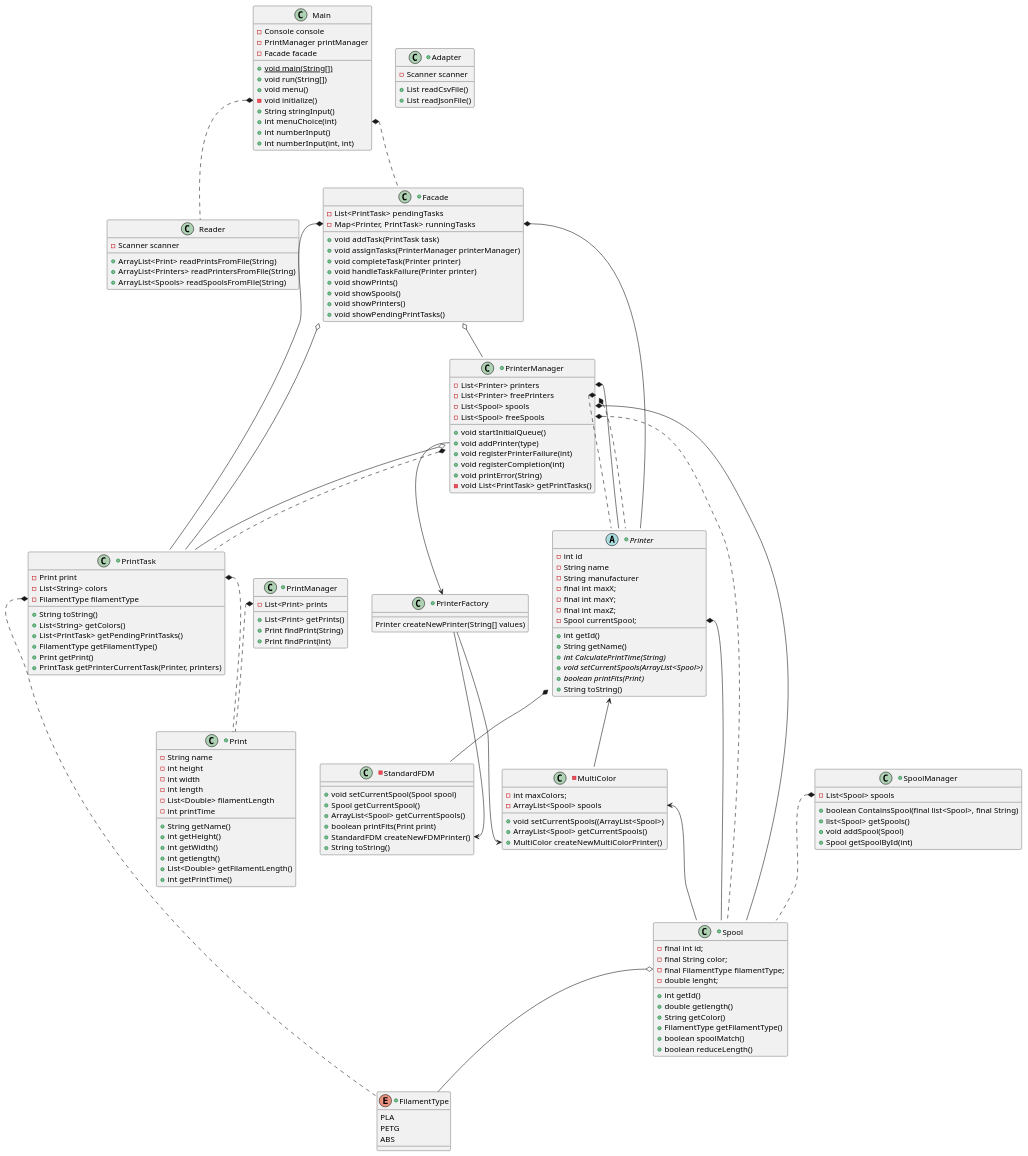
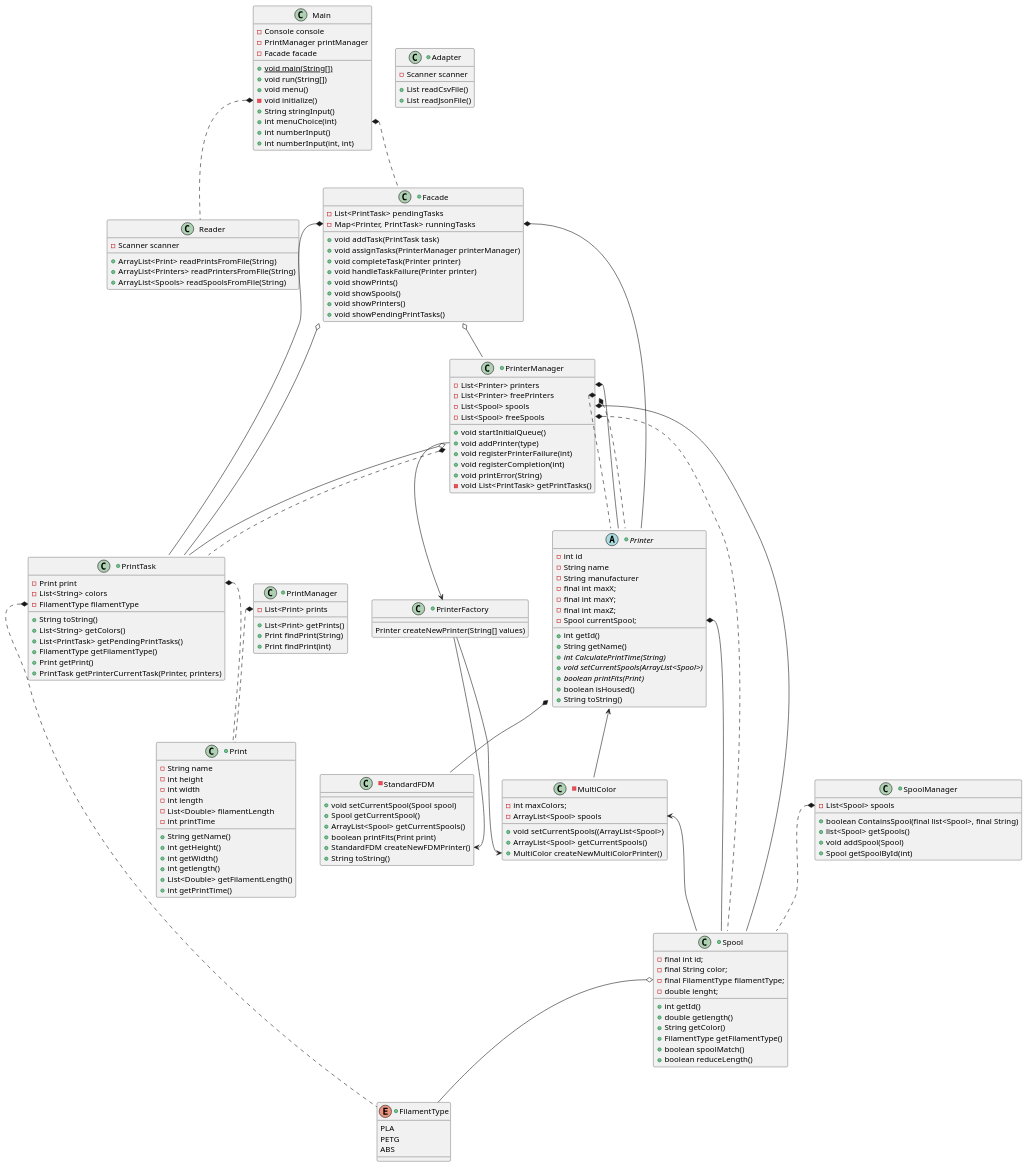
Before and after one commit to mhountsword/SysteemOntwerp: the diagram in 3dprintscheduler-main/docs/diagrams/NewMainClassDiagram.puml, drawn with PlantUML. The commit also changed 3 other files, not shown here.

```diff
--- a/3dprintscheduler-main/docs/diagrams/NewMainClassDiagram.puml
+++ b/3dprintscheduler-main/docs/diagrams/NewMainClassDiagram.puml
@@ -1,191 +1,192 @@
 @startuml
 'https://plantuml.com/class-diagram
 
 class Main {
 -Console console
 -PrintManager printManager
 -Facade facade
 +{static}void main(String[])
 +void run(String[])
 +void menu()
 -void initialize()
 +String stringInput()
 +int menuChoice(int)
 +int numberInput()
 +int numberInput(int, int)
 }
 
 class Reader {
 -Scanner scanner
 +ArrayList<Print> readPrintsFromFile(String)
 +ArrayList<Printers> readPrintersFromFile(String)
 +ArrayList<Spools> readSpoolsFromFile(String)
 }
 
 Main::menuChoice *.. Facade
 Main::initialize *.. Reader
 
 +class PrinterManager{
 -List<Printer> printers
 -List<Printer> freePrinters
 -List<Spool> spools
 -List<Spool> freeSpools
 +void startInitialQueue()
 +void addPrinter(type)
 +void registerPrinterFailure(int)
 +void registerCompletion(int)
 +void printError(String)
 -void List<PrintTask> getPrintTasks()
 }
 PrinterManager::printers *-- Printer
 PrinterManager::freePrinters *.. Printer
 PrinterManager::pendingPrintTasks o-- PrintTask
 PrinterManager::spools *-- Spool
 PrinterManager::freeSpools *.. Spool
 PrinterManager::runningPrintTask *.. Printer
 PrinterManager::runningPrintTask *.. PrintTask
 
 +class Facade{
     - List<PrintTask> pendingTasks
     - Map<Printer, PrintTask> runningTasks
     + void addTask(PrintTask task)
     + void assignTasks(PrinterManager printerManager)
     + void completeTask(Printer printer)
     + void handleTaskFailure(Printer printer)
     +void showPrints()
     +void showSpools()
     +void showPrinters()
     +void showPendingPrintTasks()
 }
 Facade::runningTasks *-- Printer
 Facade::runningTasks *-- PrintTask
 Facade o-- PrinterManager
 Facade o-- PrintTask
 
 +class PrintManager{
 -List<Print> prints
 +List<Print> getPrints()
 +Print findPrint(String)
 +Print findPrint(int)
 }
 PrintManager::prints *.. Print
 
 
 +class SpoolManager{
 -List<Spool> spools
 +boolean ContainsSpool(final list<Spool>, final String)
 +list<Spool> getSpools()
 +void addSpool(Spool)
 +Spool getSpoolById(int)
 }
 
 SpoolManager::spools *.. Spool
 
 +class PrintTask{
 -Print print
 -List<String> colors
 -FilamentType filamentType
 +String toString()
 +List<String> getColors()
 +List<PrintTask> getPendingPrintTasks()
 +FilamentType getFilamentType()
 +Print getPrint()
 +PrintTask getPrinterCurrentTask(Printer, printers)
 }
 
 PrintTask::print *.. Print
 PrintTask::filamentType *.. FilamentType
 
 +enum FilamentType{
     PLA
     PETG
     ABS
 }
 
 +abstract class Printer{
 - int id
 -String name
 -String manufacturer
 + int getId()
 + String getName()
 - final int maxX;
 - final int maxY;
 - final int maxZ;
 - Spool currentSpool;
 + {abstract} int CalculatePrintTime(String)
 +{abstract} void setCurrentSpools(ArrayList<Spool>)
 + {abstract} boolean printFits(Print)
++ boolean isHoused()
 +String toString()
 }
 Printer::currentSpool *-- Spool
 
 
 
 
 +class Print{
 -String name
 - int height
 - int width
 - int length
 - List<Double> filamentLength
 - int printTime
 + String getName()
 + int getHeight()
 + int getWidth()
 + int getlength()
 + List<Double> getFilamentLength()
 + int getPrintTime()
 }
 
 +class Spool{
 - final int id;
 - final String color;
 - final FilamentType filamentType;
 -double lenght;
 +int getId()
 +double getlength()
 +String getColor()
 +FilamentType getFilamentType()
 + boolean spoolMatch()
 +boolean reduceLength()
 }
 
 Spool::filamentType o-- FilamentType
 
 
 -class StandardFDM{
 +void setCurrentSpool(Spool spool)
 +Spool getCurrentSpool()
 +ArrayList<Spool> getCurrentSpools()
 +boolean printFits(Print print)
 +StandardFDM createNewFDMPrinter()
 +String toString()
 }
 
 Printer *-- StandardFDM
 
 -class MultiColor{
 - int maxColors;
 - ArrayList<Spool> spools
 +void setCurrentSpools((ArrayList<Spool>)
 +ArrayList<Spool> getCurrentSpools()
 +MultiColor createNewMultiColorPrinter()
 }
 Printer <-- MultiColor
 MultiColor::spools <-- Spool
 
 +class PrinterFactory{
 Printer createNewPrinter(String[] values)
 }
 PrinterManager::addPrinter --> PrinterFactory
 PrinterFactory --> StandardFDM::createNewFDMPrinter
 PrinterFactory --> MultiColor::createNewMultiColorPrinter
 
  +class Adapter{
  - Scanner scanner
  + List readCsvFile()
  + List readJsonFile()
  }
 
 
 @enduml
```
